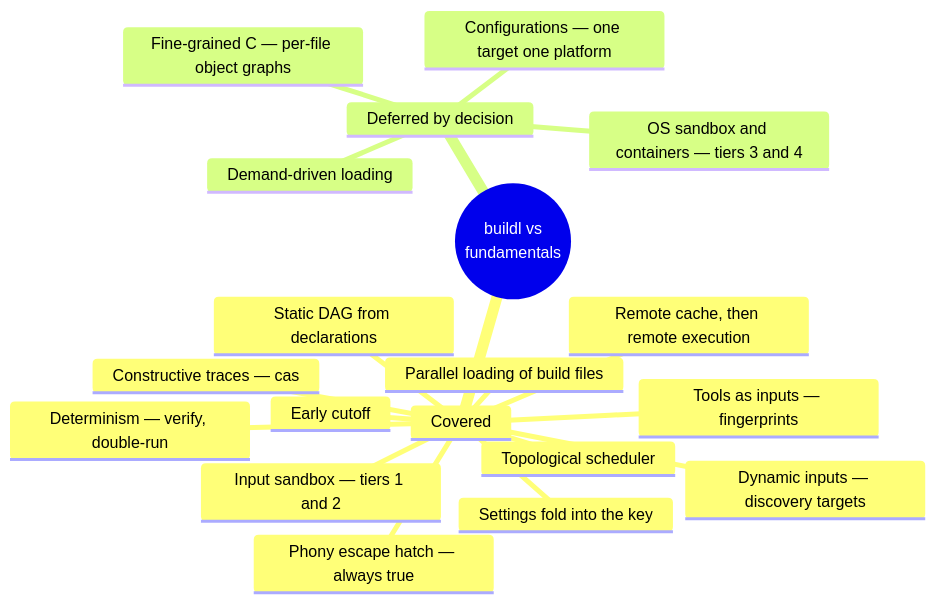
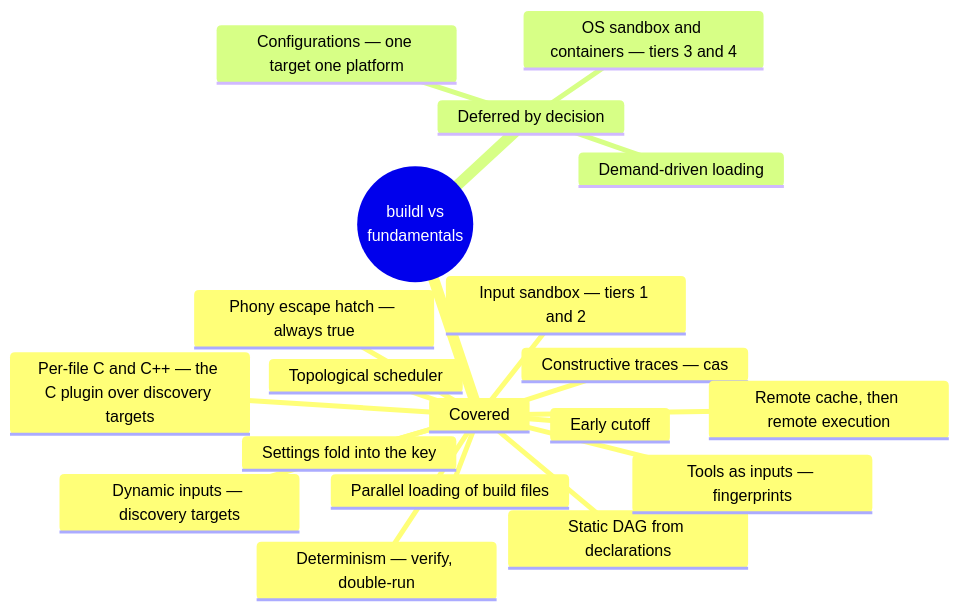
Before and after one commit to airsstack/buildl: the fifth of 5 diagrams in book/src/ch11-08-where-buildl-sits.md, drawn with Mermaid. The commit also changed other lines of this file and 83 other files, not shown here.

First line of the commit message:
Per-file C and C++ through the c plugin (#22)

````diff
--- a/book/src/ch11-08-where-buildl-sits.md
+++ b/book/src/ch11-08-where-buildl-sits.md
@@ -157,23 +157,23 @@
 ```mermaid
 %% Coverage summary
 mindmap
   root((buildl vs<br/>fundamentals))
     Covered
       Static DAG from declarations
       Topological scheduler
       Constructive traces — cas
       Early cutoff
       Input sandbox — tiers 1 and 2
       Determinism — verify, double-run
       Tools as inputs — fingerprints
       Settings fold into the key
       Phony escape hatch — always true
       Dynamic inputs — discovery targets
+      Per-file C and C++ — the C plugin over discovery targets
       Remote cache, then remote execution
       Parallel loading of build files
     Deferred by decision
-      Fine-grained C — per-file object graphs
       Configurations — one target one platform
       Demand-driven loading
       OS sandbox and containers — tiers 3 and 4
 ```
````
